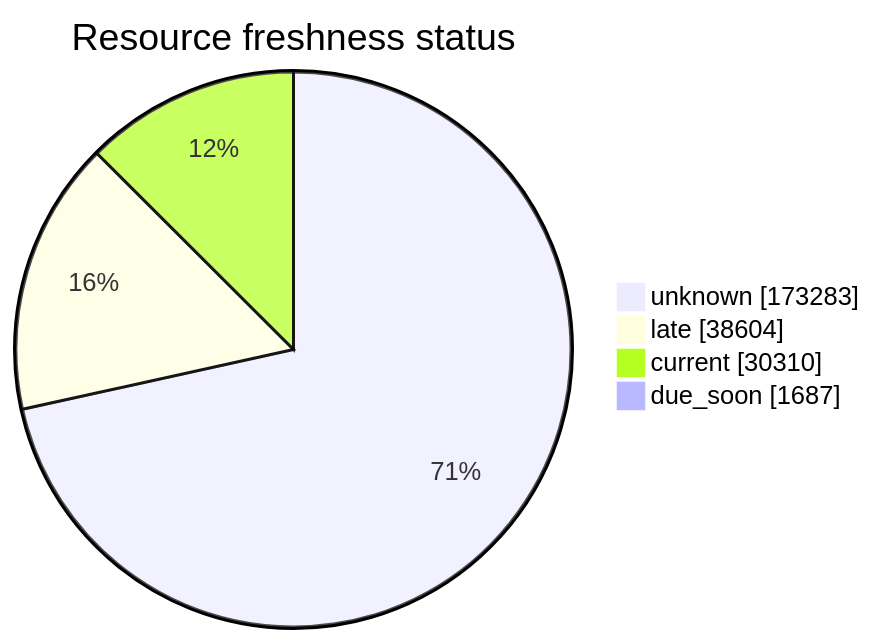
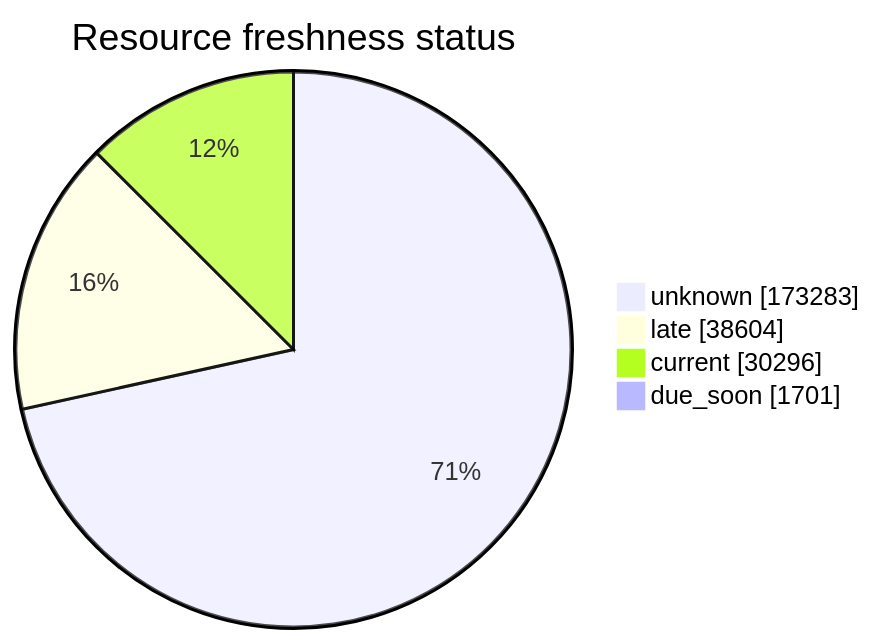
Before and after one commit to open-data/analytics-corporate-reporting: the third of 5 diagrams in FreshCheck/README.md, drawn with Mermaid. The commit also changed other lines of this file and 3 other files, not shown here.

````diff
--- a/FreshCheck/README.md
+++ b/FreshCheck/README.md
@@ -77,7 +77,7 @@
 ```mermaid
 pie showData title Resource freshness status
     "unknown": 173283
     "late": 38604
-    "current": 30310
-    "due_soon": 1687
+    "current": 30296
+    "due_soon": 1701
 ```
````
